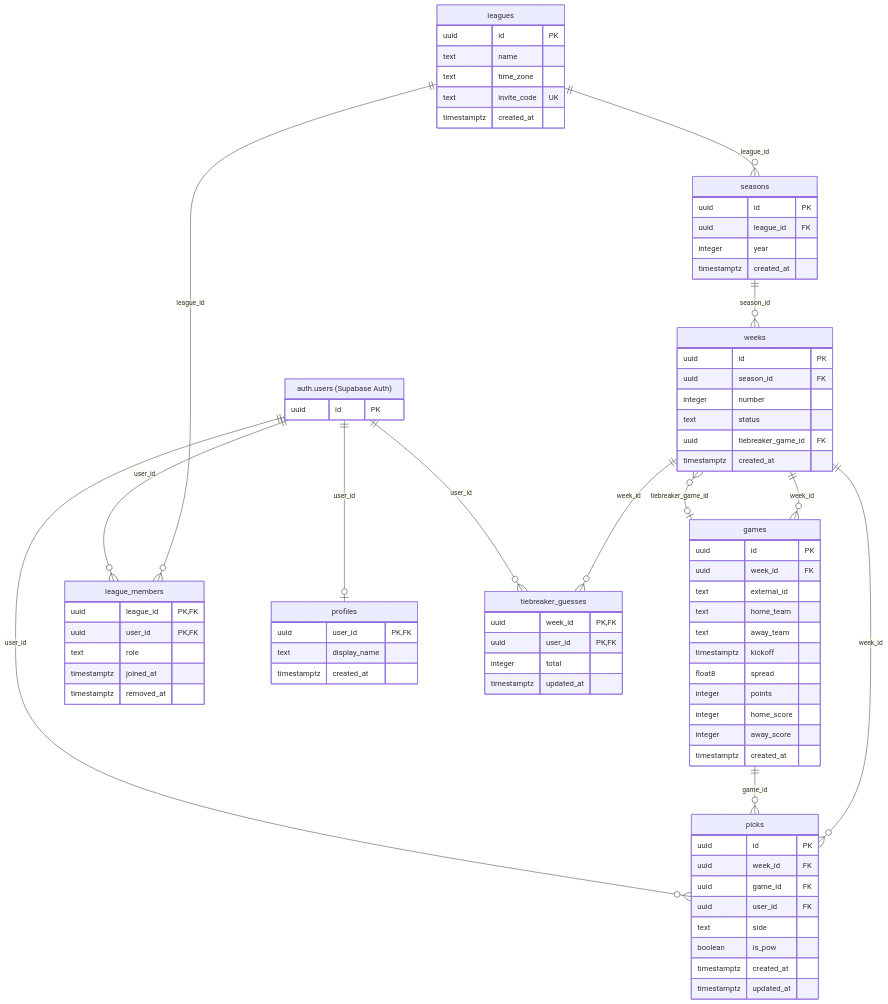
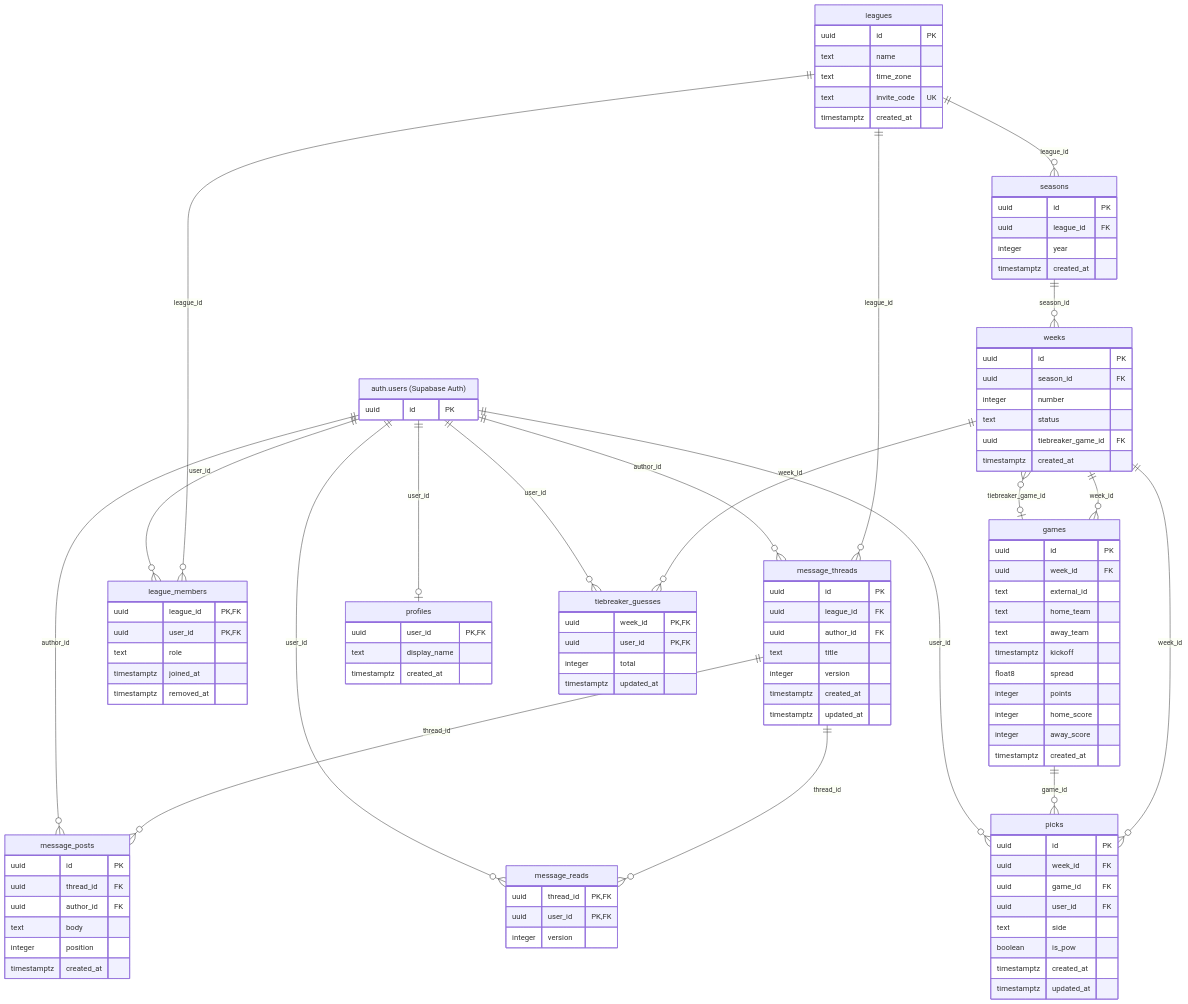
One commit to zimm11/football-weekly-picks changed the diagram in docs/schema.md. Above: the diagram before and after it, drawn with Mermaid. The commit also changed other lines of this file and 18 other files, not shown here.

First line of the commit message:
Add a league message board with unread indicators (#17)

```diff
--- a/docs/schema.md
+++ b/docs/schema.md
@@ -17,6 +17,12 @@
   weeks ||--o{ games : "week_id"
   leagues ||--o{ league_members : "league_id"
   auth_users ||--o{ league_members : "user_id"
+  message_threads ||--o{ message_posts : "thread_id"
+  auth_users ||--o{ message_posts : "author_id"
+  message_threads ||--o{ message_reads : "thread_id"
+  auth_users ||--o{ message_reads : "user_id"
+  leagues ||--o{ message_threads : "league_id"
+  auth_users ||--o{ message_threads : "author_id"
   weeks ||--o{ picks : "week_id"
   games ||--o{ picks : "game_id"
   auth_users ||--o{ picks : "user_id"
@@ -56,6 +62,28 @@
     text invite_code UK
     timestamptz created_at
   }
+  message_posts {
+    uuid id PK
+    uuid thread_id FK
+    uuid author_id FK
+    text body
+    integer position
+    timestamptz created_at
+  }
+  message_reads {
+    uuid thread_id PK, FK
+    uuid user_id PK, FK
+    integer version
+  }
+  message_threads {
+    uuid id PK
+    uuid league_id FK
+    uuid author_id FK
+    text title
+    integer version
+    timestamptz created_at
+    timestamptz updated_at
+  }
   picks {
     uuid id PK
     uuid week_id FK
```
